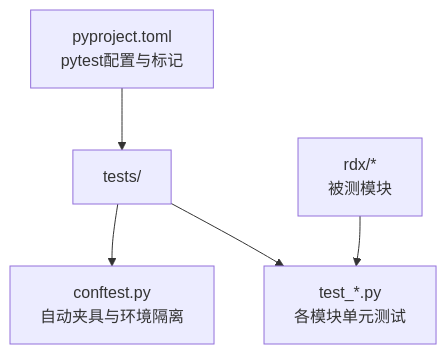
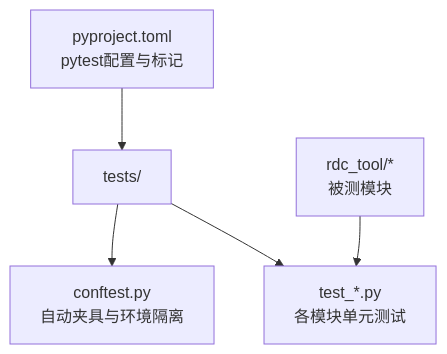
Before and after one commit to haolange/RDC-Tool: the first of 9 diagrams in .qoder/repowiki/zh/content/开发指南/测试策略/单元测试.md, drawn with Mermaid. The commit also changed other lines of this file and 388 other files, not shown here.

First line of the commit message:
Release RDC-Tool identity and public maintenance surface

````diff
--- a/.qoder/repowiki/zh/content/开发指南/测试策略/单元测试.md
+++ b/.qoder/repowiki/zh/content/开发指南/测试策略/单元测试.md
@@ -42,7 +42,7 @@
 ```mermaid
 graph TB
 A["tests/"] --> B["conftest.py<br/>自动夹具与环境隔离"]
 A --> C["test_*.py<br/>各模块单元测试"]
 D["pyproject.toml<br/>pytest配置与标记"] --> A
-E["rdx/*<br/>被测模块"] --> C
+E["rdc_tool/*<br/>被测模块"] --> C
 ```
````
